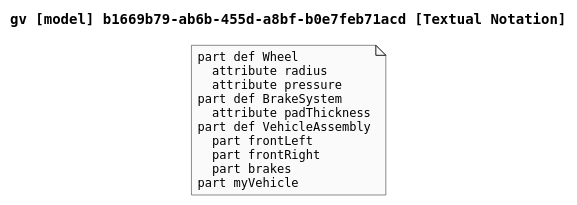
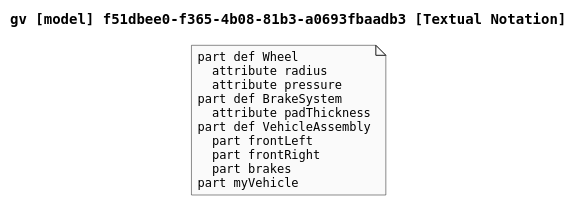
Before and after one commit to mycr0ft/sysml2py: the diagram in docs/plantuml-examples/14-textual-notation.puml, drawn with PlantUML. The commit also changed 27 other files, not shown here.

```diff
--- a/docs/plantuml-examples/14-textual-notation.puml
+++ b/docs/plantuml-examples/14-textual-notation.puml
@@ -1,23 +1,23 @@
 @startuml
 
 skinparam monochrome true
 skinparam defaultFontSize 12
 skinparam defaultFontName Helvetica
 skinparam defaultFontName Monospaced
 
-title gv [model] b1669b79-ab6b-455d-a8bf-b0e7feb71acd [Textual Notation]
+title gv [model] f51dbee0-f365-4b08-81b3-a0693fbaadb3 [Textual Notation]
 
 note as TextualNotation
 part def Wheel
   attribute radius
   attribute pressure
 part def BrakeSystem
   attribute padThickness
 part def VehicleAssembly
   part frontLeft
   part frontRight
   part brakes
 part myVehicle
 end note
 
 @enduml
```
